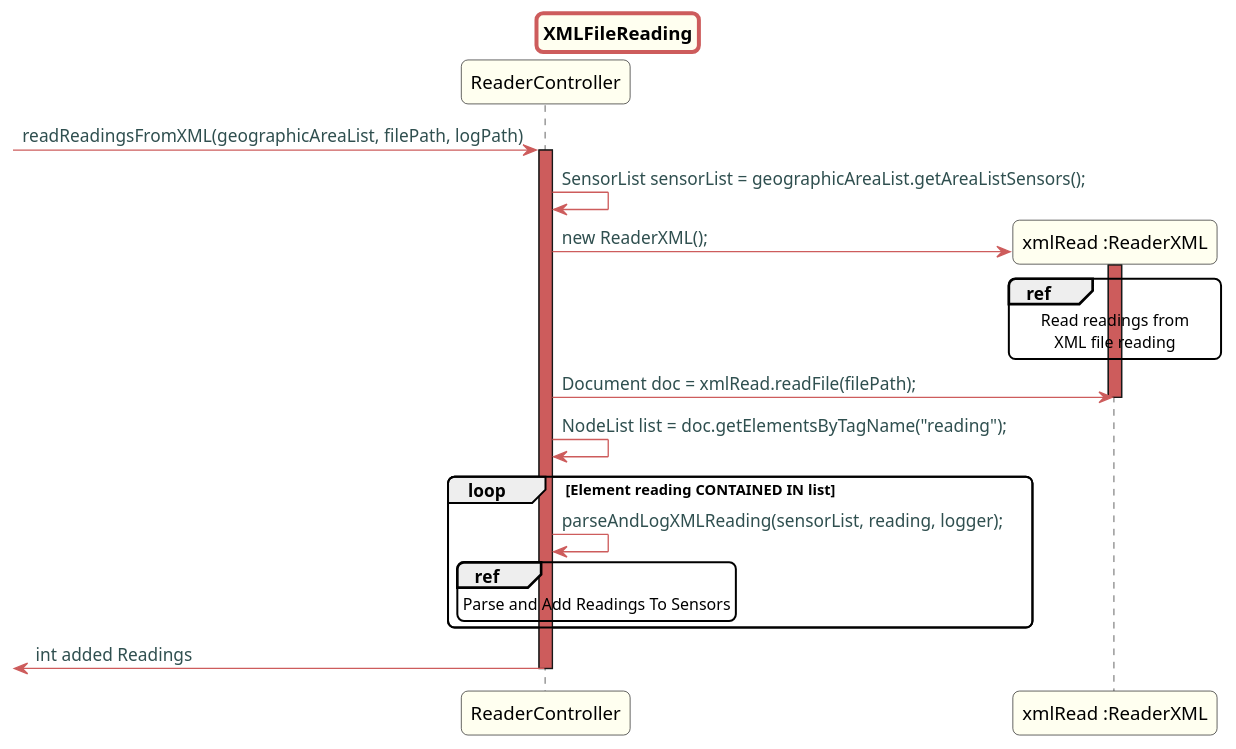
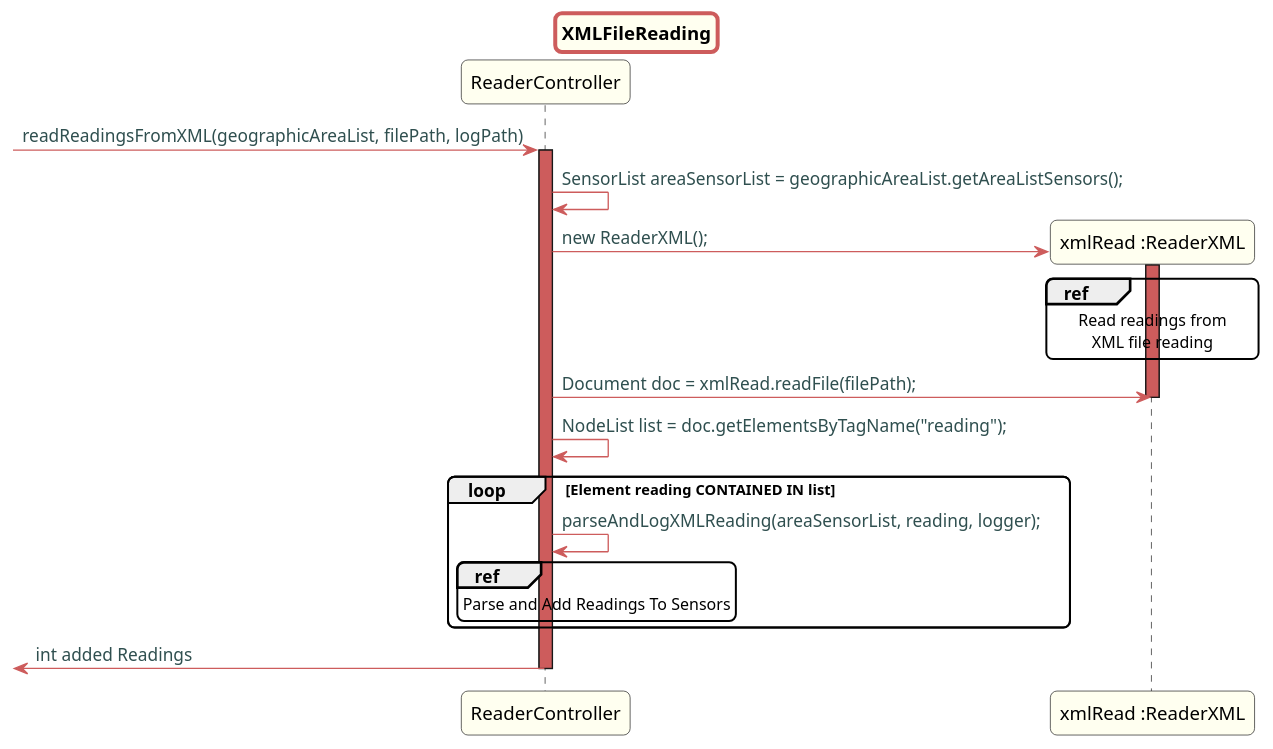
The diagram in src/doc/Controllers/HouseConfiguration/US20v2/XML/XMLFileReading.puml (Almadanmp/project), drawn with PlantUML before and after one commit. The commit also changed 39 other files, not shown here.

Commit message:
REF#203 REF#197 renames SensorList to AreaSensorList

```diff
--- a/src/doc/Controllers/HouseConfiguration/US20v2/XML/XMLFileReading.puml
+++ b/src/doc/Controllers/HouseConfiguration/US20v2/XML/XMLFileReading.puml
@@ -1,57 +1,57 @@
 @startuml
 
 skinparam titleBorderRoundCorner 10
 skinparam titleBorderThickness 3
 skinparam titleBorderColor indianred
 skinparam titleBackgroundColor ivory
 skinparam FontName quicksand
 
 skinparam actor {
   BorderColor indianred
   }
 
 skinparam sequence {
   LifeLineBackgroundColor indianred
   ParticipantBackgroundColor ivory
 }
 
 skinparam roundcorner 10
 
 skinparam component {
   arrowThickness 1
   ArrowFontName Verdana
   ArrowColor indianred
   ArrowFontColor darkslategrey
 }
 
 
 
 title XMLFileReading
 -> ReaderController: readReadingsFromXML(geographicAreaList, filePath, logPath)
 activate ReaderController
 
-ReaderController -> ReaderController: SensorList sensorList = geographicAreaList.getAreaListSensors();
+ReaderController -> ReaderController: SensorList areaSensorList = geographicAreaList.getAreaListSensors();
 create "xmlRead :ReaderXML"
 ReaderController -> "xmlRead :ReaderXML": new ReaderXML();
 activate "xmlRead :ReaderXML"
 ref over "xmlRead :ReaderXML"
 Read readings from
 XML file reading
 end ref
 ReaderController -> "xmlRead :ReaderXML": Document doc = xmlRead.readFile(filePath);
 deactivate "xmlRead :ReaderXML"
 
 ReaderController -> ReaderController: NodeList list = doc.getElementsByTagName("reading");
 
 loop  Element reading CONTAINED IN list
-ReaderController -> ReaderController: parseAndLogXMLReading(sensorList, reading, logger);
+ReaderController -> ReaderController: parseAndLogXMLReading(areaSensorList, reading, logger);
 ref over ReaderController
 Parse and Add Readings To Sensors
 end ref
 
 end
 
 <- ReaderController: int added Readings
 deactivate "ReaderController"
 
 @enduml
```
